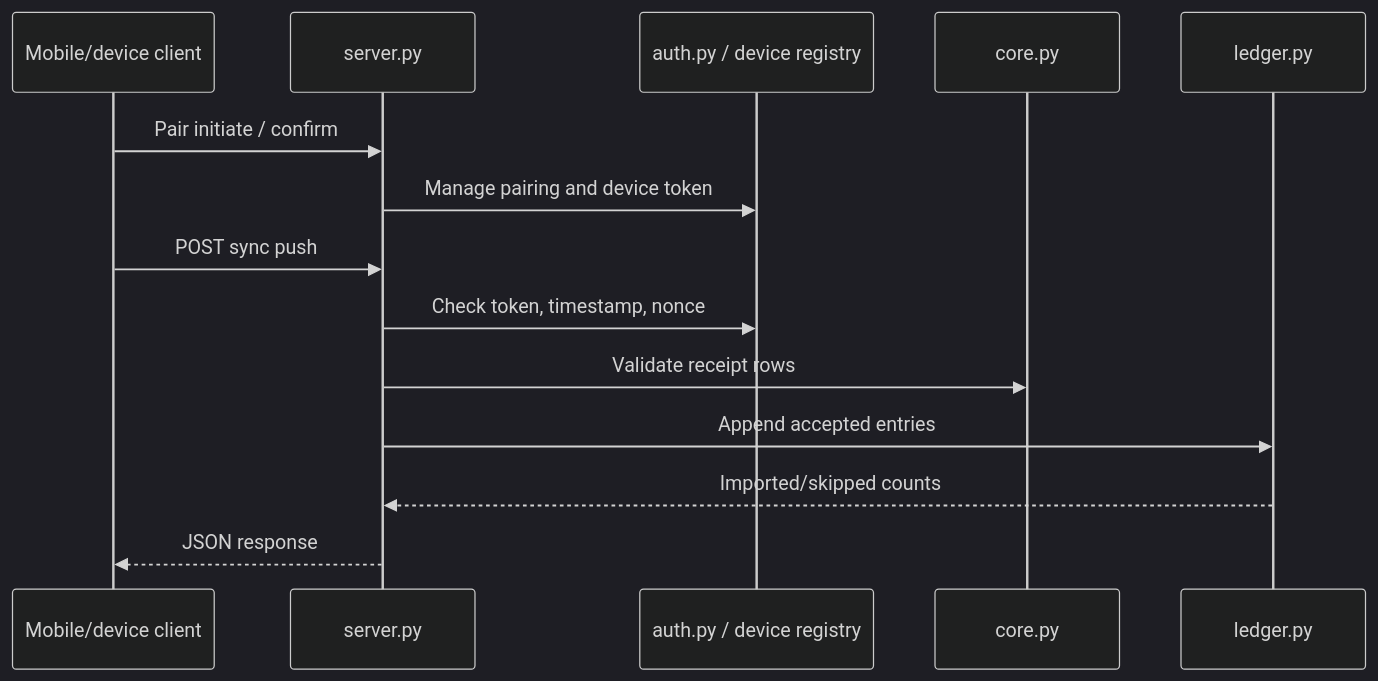
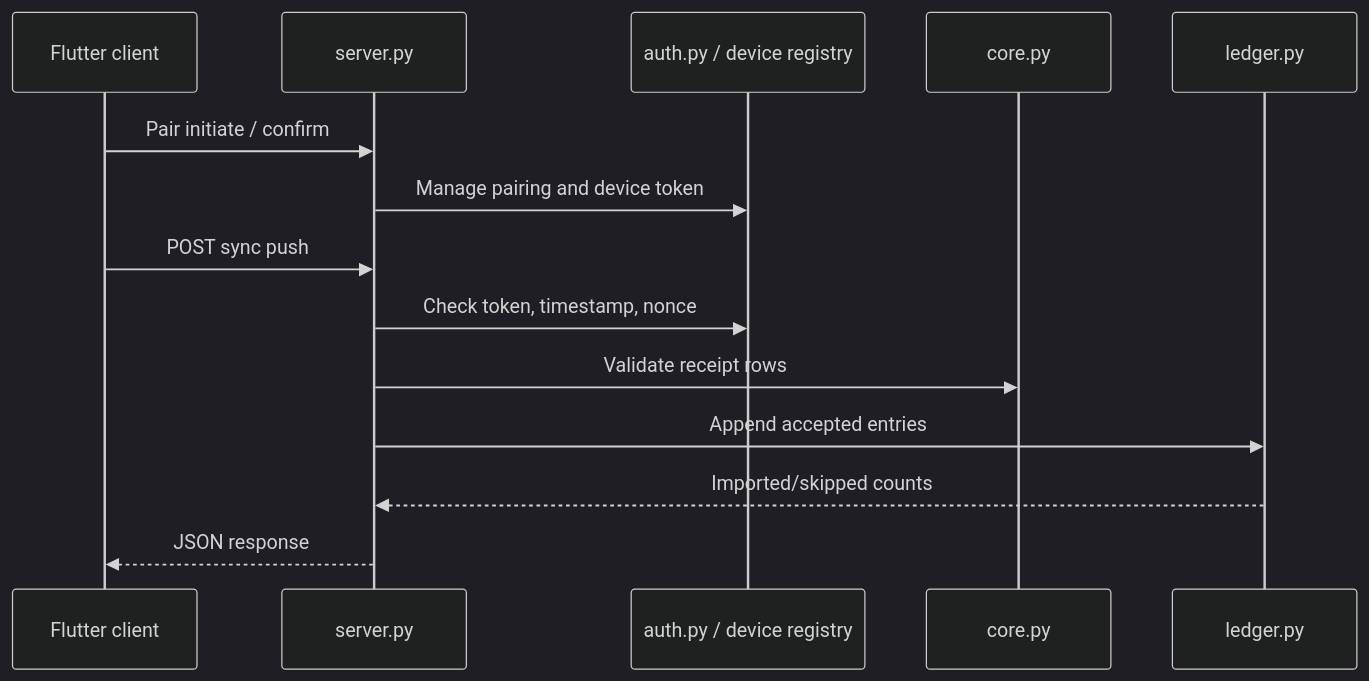
The sixth of 6 diagrams in MAP.md (kentanaka3/PEIT), drawn with Mermaid (dark theme) before and after one commit. The commit also changed other lines of this file and 126 other files, not shown here.

````diff
--- a/MAP.md
+++ b/MAP.md
@@ -236,17 +236,17 @@
 ```mermaid
 sequenceDiagram
-  participant Device as Mobile/device client
+  participant Device as Flutter client
   participant API as server.py
   participant Auth as auth.py / device registry
   participant Validate as core.py
   participant Store as ledger.py
 
   Device->>API: Pair initiate / confirm
   API->>Auth: Manage pairing and device token
   Device->>API: POST sync push
   API->>Auth: Check token, timestamp, nonce
   API->>Validate: Validate receipt rows
   API->>Store: Append accepted entries
   Store-->>API: Imported/skipped counts
   API-->>Device: JSON response
 ```
````
